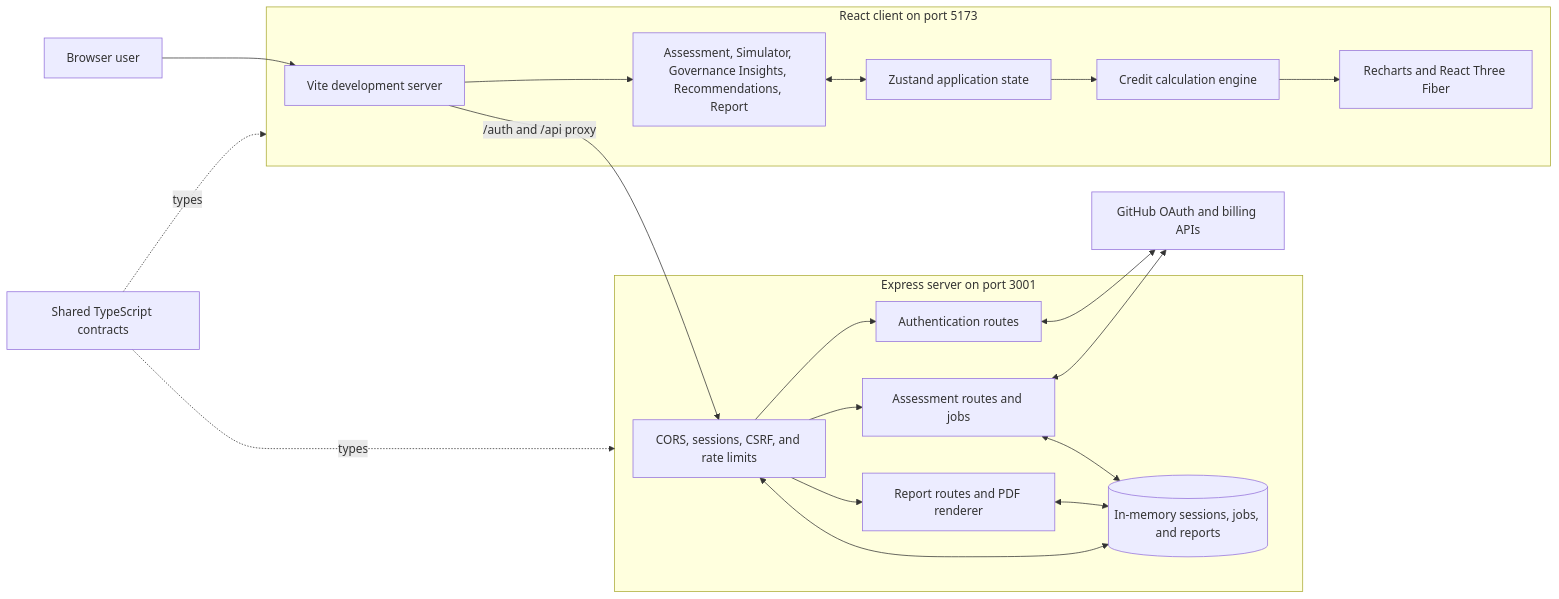
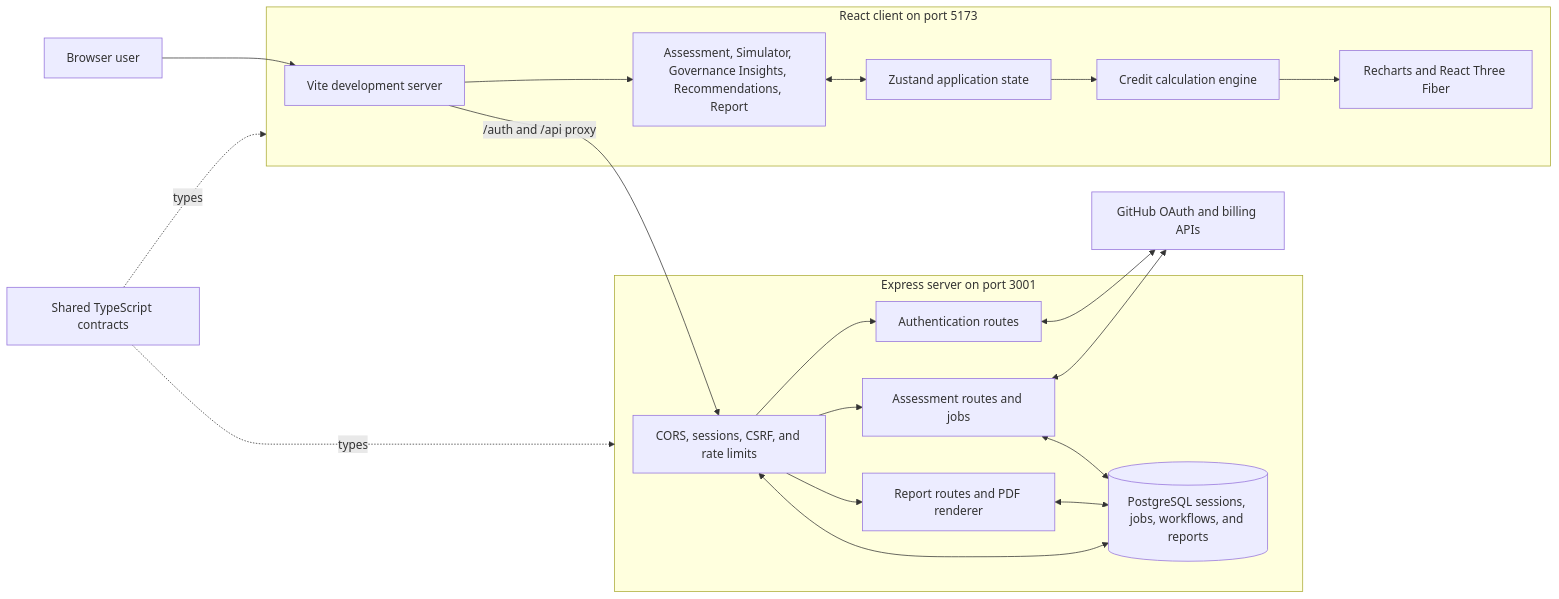
Before and after one commit to autocloudarc-digital-services/ghcp-ai-credits-simulator: the diagram in README.md, drawn with Mermaid. The commit also changed other lines of this file and 8 other files, not shown here.

Commit message:
feat: enhance application persistence and workflow management with PostgreSQL integration

````diff
--- a/README.md
+++ b/README.md
@@ -63,40 +68,40 @@
 ```mermaid
 flowchart LR
     User[Browser user]
     GitHub[GitHub OAuth and billing APIs]
 
     subgraph Client[React client on port 5173]
         Vite[Vite development server]
         Router[Assessment, Simulator, Governance Insights, Recommendations, Report]
         Store[Zustand application state]
         Engine[Credit calculation engine]
         Visuals[Recharts and React Three Fiber]
     end
 
     subgraph Server[Express server on port 3001]
         Security[CORS, sessions, CSRF, and rate limits]
         Auth[Authentication routes]
         Assessment[Assessment routes and jobs]
         Report[Report routes and PDF renderer]
-        Memory[(In-memory sessions, jobs, and reports)]
+        Memory[(PostgreSQL sessions, jobs, workflows, and reports)]
     end
 
     Shared[Shared TypeScript contracts]
 
     User --> Vite
     Vite --> Router
     Router <--> Store
     Store --> Engine
     Engine --> Visuals
     Vite -- /auth and /api proxy --> Security
     Security --> Auth
     Security --> Assessment
     Security --> Report
     Auth <--> GitHub
     Assessment <--> GitHub
     Security <--> Memory
     Assessment <--> Memory
     Report <--> Memory
     Shared -. types .-> Client
     Shared -. types .-> Server
 ```
````
